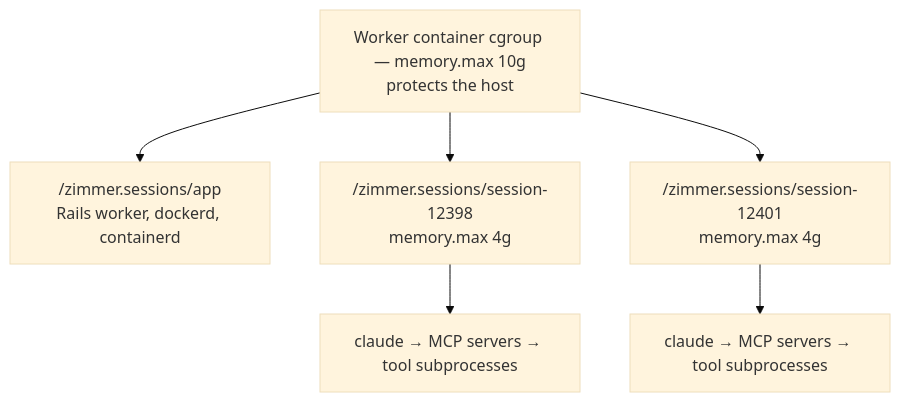
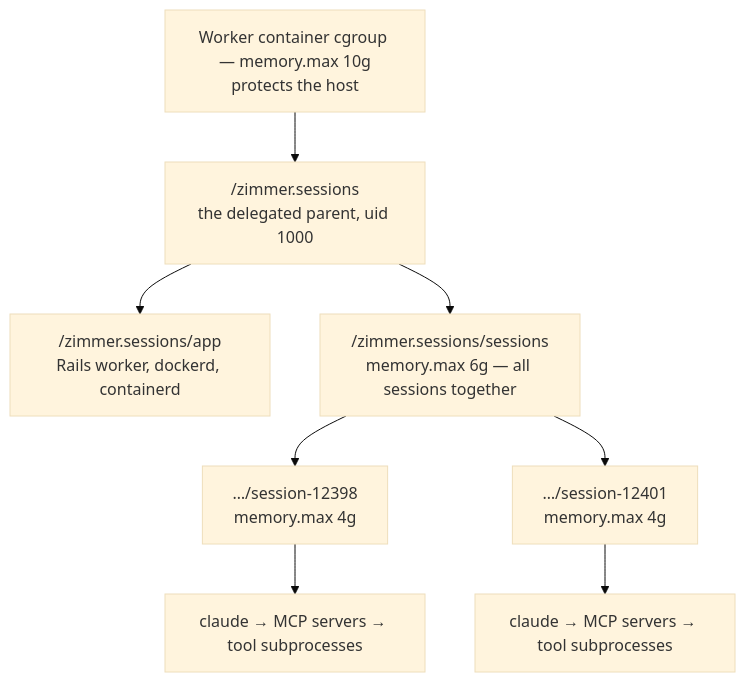
One commit to tadasant/zimmer changed the first of 2 diagrams in docs/src/content/docs/sessions/spawning.md. Above: the diagram before and after it, drawn with Mermaid (base theme). The commit also changed other lines of this file and 25 other files, not shown here.

First line of the commit message:
fix(memory): cap all agent sessions together, in a cgroup the Rails worker is not inside (#981) (#996)

````diff
--- a/docs/src/content/docs/sessions/spawning.md
+++ b/docs/src/content/docs/sessions/spawning.md
@@ -332,9 +332,11 @@
 ```mermaid
 flowchart TD
   host["Worker container cgroup — memory.max 10g<br/>protects the host"]
-  host --> app["/zimmer.sessions/app<br/>Rails worker, dockerd, containerd"]
-  host --> s1["/zimmer.sessions/session-12398<br/>memory.max 4g"]
-  host --> s2["/zimmer.sessions/session-12401<br/>memory.max 4g"]
+  host --> parent["/zimmer.sessions<br/>the delegated parent, uid 1000"]
+  parent --> app["/zimmer.sessions/app<br/>Rails worker, dockerd, containerd"]
+  parent --> pool["/zimmer.sessions/sessions<br/>memory.max 6g — all sessions together"]
+  pool --> s1["…/session-12398<br/>memory.max 4g"]
+  pool --> s2["…/session-12401<br/>memory.max 4g"]
   s1 --> a1["claude → MCP servers → tool subprocesses"]
   s2 --> a2["claude → MCP servers → tool subprocesses"]
 ```
````
